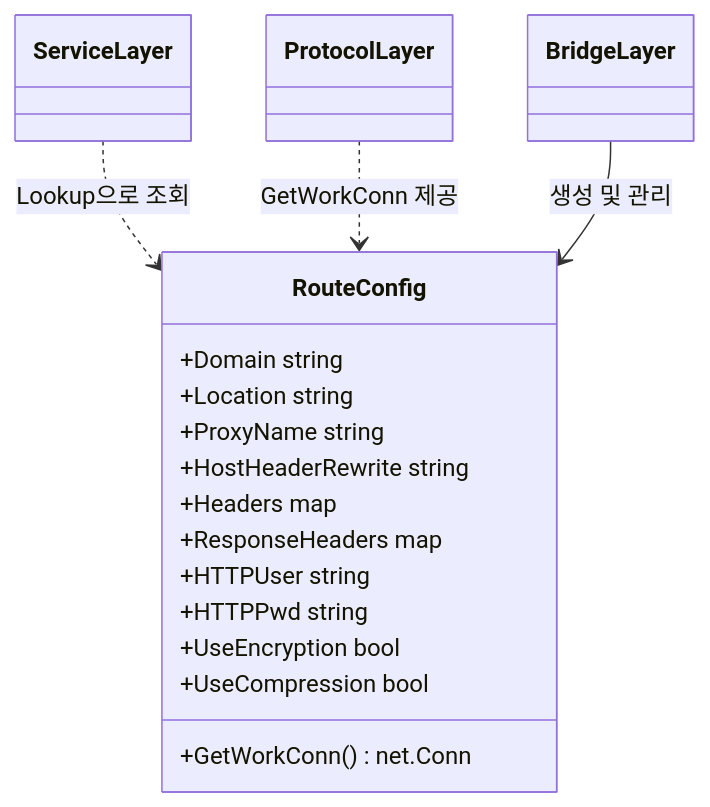
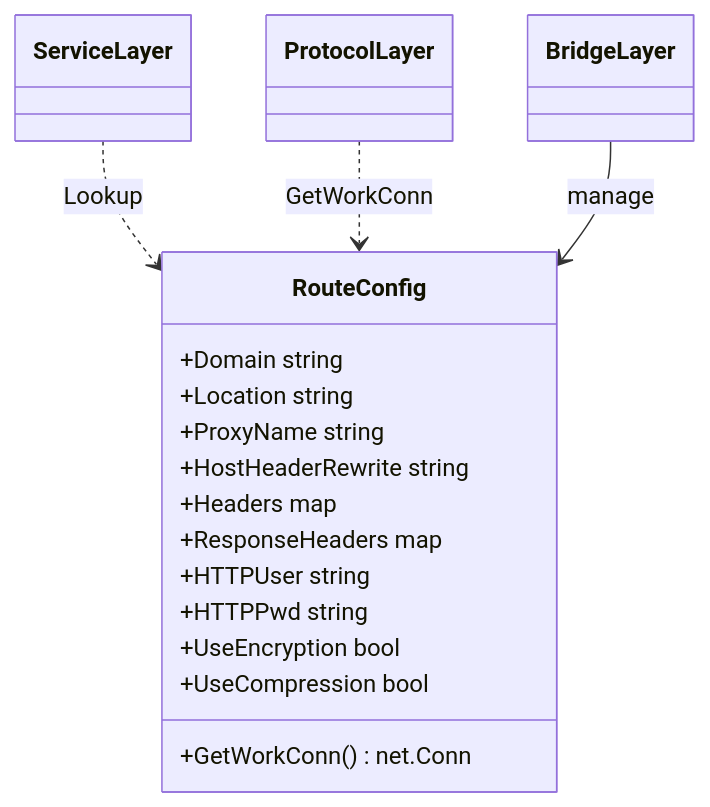
One commit to cagojeiger/drp changed the second of 8 diagrams in docs/architecture/bridge-layer.md. Above: the diagram before and after it, drawn with Mermaid. The commit also changed other lines of this file and 2 other files, not shown here.

First line of the commit message:
fix(docs): fix Mermaid syntax for VS Code compatibility

````diff
--- a/docs/architecture/bridge-layer.md
+++ b/docs/architecture/bridge-layer.md
@@ -23,20 +23,20 @@
 ```mermaid
 classDiagram
     class RouteConfig {
         +Domain string
         +Location string
         +ProxyName string
         +GetWorkConn() net.Conn
         +HostHeaderRewrite string
         +Headers map
         +ResponseHeaders map
         +HTTPUser string
         +HTTPPwd string
         +UseEncryption bool
         +UseCompression bool
     }
 
-    ServiceLayer ..> RouteConfig : Lookup으로 조회
-    ProtocolLayer ..> RouteConfig : GetWorkConn 제공
-    BridgeLayer --> RouteConfig : 생성 및 관리
+    ServiceLayer ..> RouteConfig : Lookup
+    ProtocolLayer ..> RouteConfig : GetWorkConn
+    BridgeLayer --> RouteConfig : manage
 ```
````
